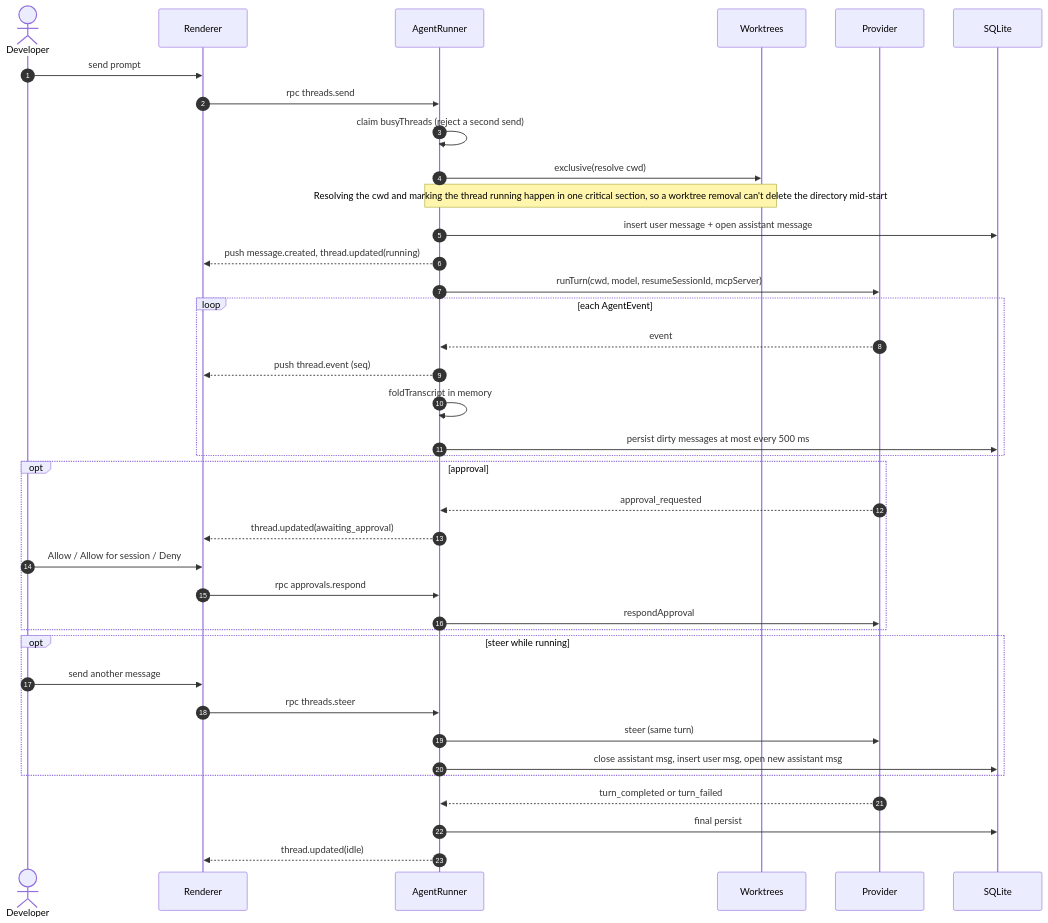
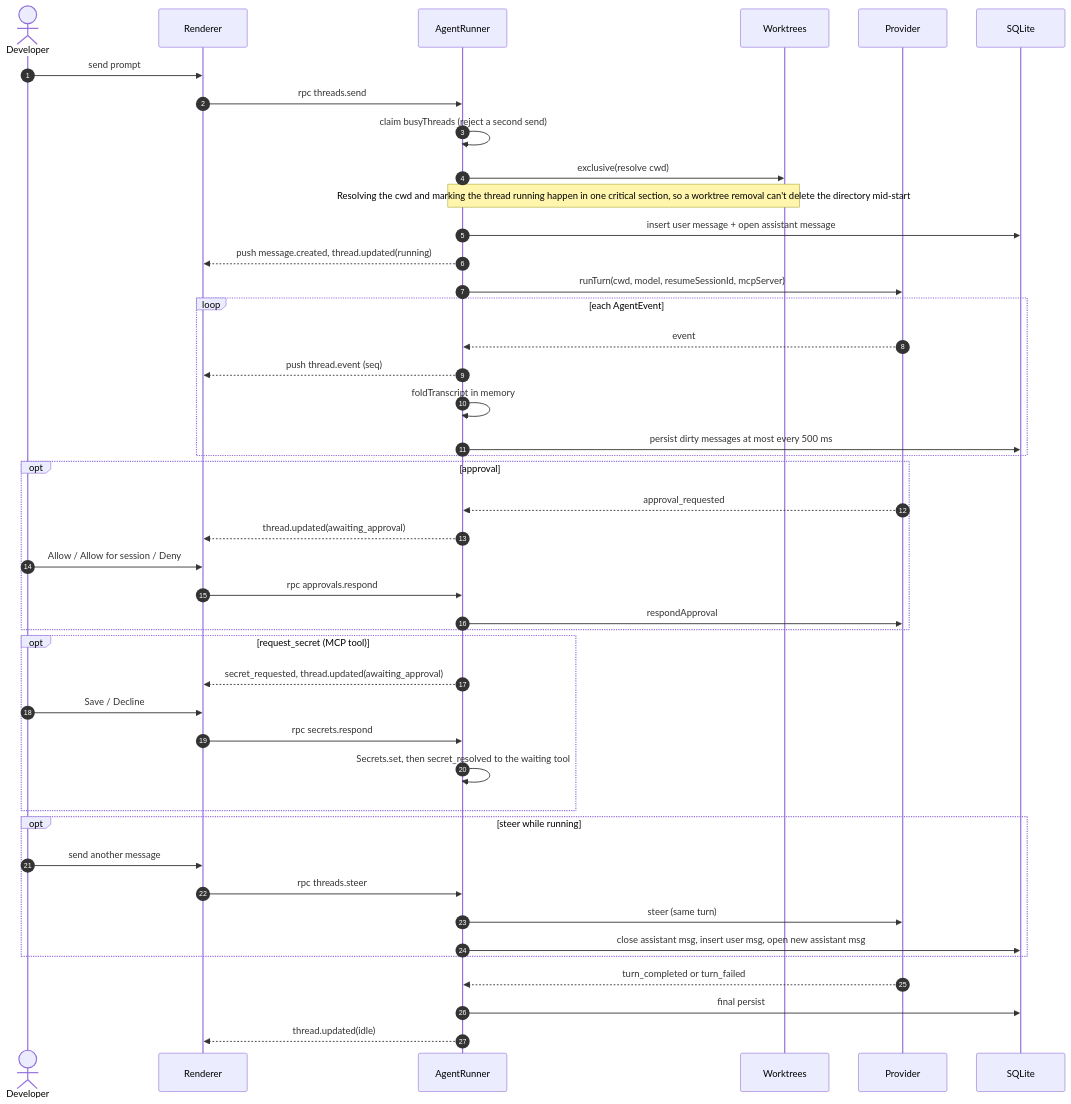
One commit to hinadev-ai/hinacode changed the fifth of 12 diagrams in docs/arch.md. Above: the diagram before and after it, drawn with Mermaid. The commit also changed other lines of this file and 21 other files, not shown here.

First line of the commit message:
feat(mcp): add request_secret and create_thread tools

````diff
--- a/docs/arch.md
+++ b/docs/arch.md
@@ -120,41 +124,47 @@
 ```mermaid
 sequenceDiagram
   autonumber
   actor Dev as Developer
   participant R as Renderer
   participant AR as AgentRunner
   participant WT as Worktrees
   participant P as Provider
   participant DB as SQLite
 
   Dev->>R: send prompt
   R->>AR: rpc threads.send
   AR->>AR: claim busyThreads (reject a second send)
   AR->>WT: exclusive(resolve cwd)
   Note over AR,WT: Resolving the cwd and marking the thread running happen in one critical section, so a worktree removal can't delete the directory mid-start
   AR->>DB: insert user message + open assistant message
   AR-->>R: push message.created, thread.updated(running)
   AR->>P: runTurn(cwd, model, resumeSessionId, mcpServer)
   loop each AgentEvent
     P-->>AR: event
     AR-->>R: push thread.event (seq)
     AR->>AR: foldTranscript in memory
     AR->>DB: persist dirty messages at most every 500 ms
   end
   opt approval
     P-->>AR: approval_requested
     AR-->>R: thread.updated(awaiting_approval)
     Dev->>R: Allow / Allow for session / Deny
     R->>AR: rpc approvals.respond
     AR->>P: respondApproval
   end
+  opt request_secret (MCP tool)
+    AR-->>R: secret_requested, thread.updated(awaiting_approval)
+    Dev->>R: Save / Decline
+    R->>AR: rpc secrets.respond
+    AR->>AR: Secrets.set, then secret_resolved to the waiting tool
+  end
   opt steer while running
     Dev->>R: send another message
     R->>AR: rpc threads.steer
     AR->>P: steer (same turn)
     AR->>DB: close assistant msg, insert user msg, open new assistant msg
   end
   P-->>AR: turn_completed or turn_failed
   AR->>DB: final persist
   AR-->>R: thread.updated(idle)
 ```
````
